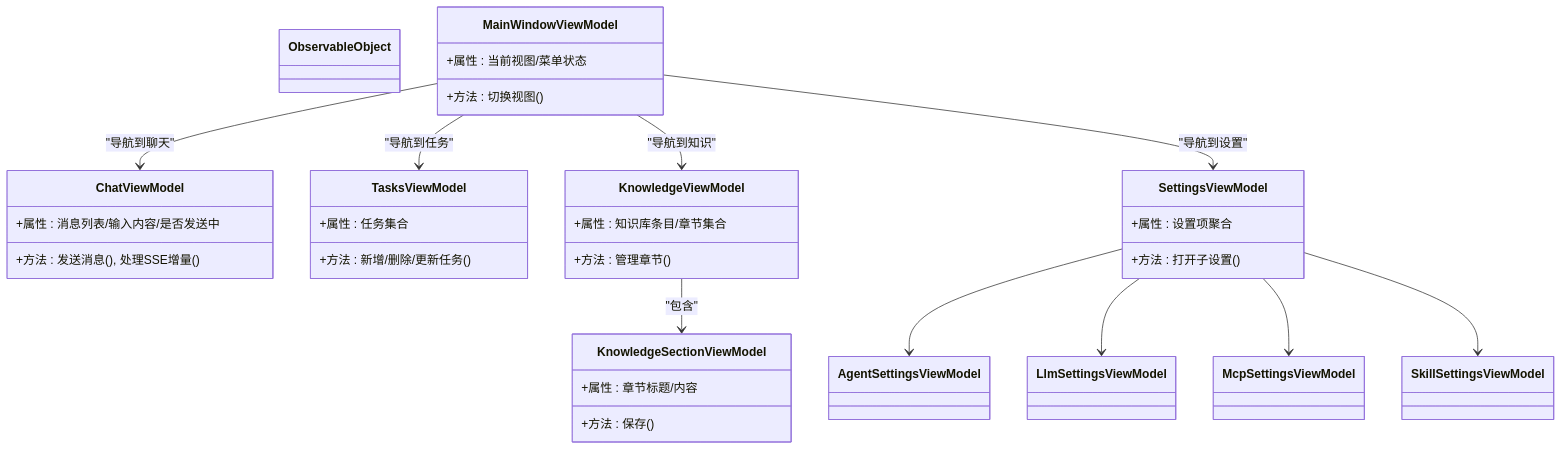
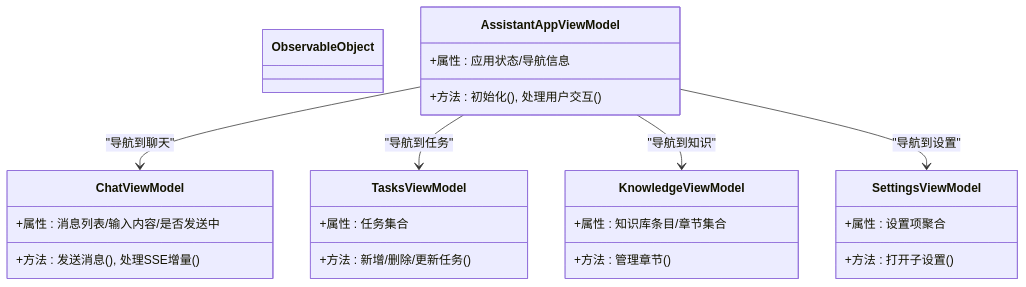
One commit to openlowcodelab/lowcode changed the sixth of 8 diagrams in .qoder/repowiki/zh/content/AI助手服务/桌面端应用/桌面端应用.md. Above: the diagram before and after it, drawn with Mermaid. The commit also changed other lines of this file and 31 other files, not shown here.

````diff
--- a/.qoder/repowiki/zh/content/AI助手服务/桌面端应用/桌面端应用.md
+++ b/.qoder/repowiki/zh/content/AI助手服务/桌面端应用/桌面端应用.md
@@ -190,41 +265,28 @@
 ```mermaid
 classDiagram
 class ObservableObject
-class MainWindowViewModel {
-+属性 : 当前视图/菜单状态
-+方法 : 切换视图()
+class AssistantAppViewModel {
++属性 : 应用状态/导航信息
++方法 : 初始化(), 处理用户交互()
 }
 class ChatViewModel {
 +属性 : 消息列表/输入内容/是否发送中
 +方法 : 发送消息(), 处理SSE增量()
 }
 class TasksViewModel {
 +属性 : 任务集合
 +方法 : 新增/删除/更新任务()
 }
 class KnowledgeViewModel {
 +属性 : 知识库条目/章节集合
 +方法 : 管理章节()
 }
-class KnowledgeSectionViewModel {
-+属性 : 章节标题/内容
-+方法 : 保存()
-}
 class SettingsViewModel {
 +属性 : 设置项聚合
 +方法 : 打开子设置()
 }
-class AgentSettingsViewModel
-class LlmSettingsViewModel
-class McpSettingsViewModel
-class SkillSettingsViewModel
-MainWindowViewModel --> ChatViewModel : "导航到聊天"
-MainWindowViewModel --> TasksViewModel : "导航到任务"
-MainWindowViewModel --> KnowledgeViewModel : "导航到知识"
-MainWindowViewModel --> SettingsViewModel : "导航到设置"
-KnowledgeViewModel --> KnowledgeSectionViewModel : "包含"
-SettingsViewModel --> AgentSettingsViewModel
-SettingsViewModel --> LlmSettingsViewModel
-SettingsViewModel --> McpSettingsViewModel
-SettingsViewModel --> SkillSettingsViewModel
+AssistantAppViewModel --> ChatViewModel : "导航到聊天"
+AssistantAppViewModel --> TasksViewModel : "导航到任务"
+AssistantAppViewModel --> KnowledgeViewModel : "导航到知识"
+AssistantAppViewModel --> SettingsViewModel : "导航到设置"
 ```
````
